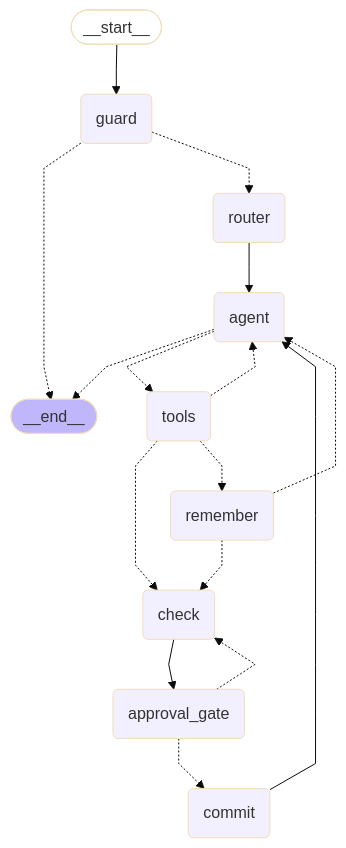
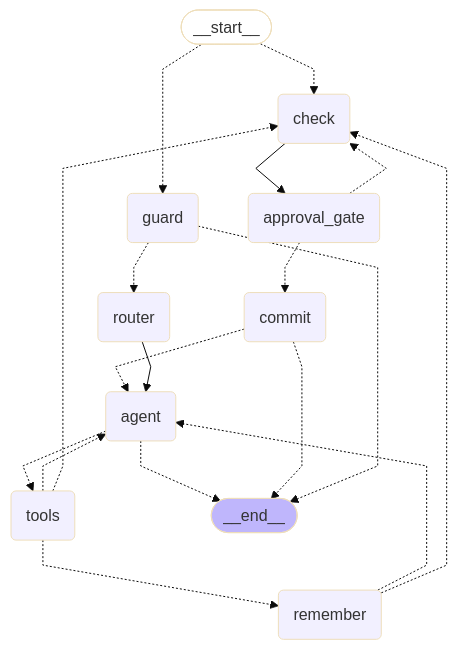
The diagram in README.md (qamran/Sagaloom), drawn with Mermaid (base theme) before and after one commit. The commit also changed 12 other files, not shown here.

````diff
--- a/README.md
+++ b/README.md
@@ -128,36 +128,38 @@
 ```mermaid
 ---
 config:
   flowchart:
     curve: linear
 ---
 graph TD;
 	__start__([<p>__start__</p>]):::first
 	guard(guard)
 	router(router)
 	agent(agent)
 	tools(tools)
 	remember(remember)
 	check(check)
 	approval_gate(approval_gate)
 	commit(commit)
 	__end__([<p>__end__</p>]):::last
-	__start__ --> guard;
+	__start__ -.-> check;
+	__start__ -.-> guard;
 	agent -.-> __end__;
 	agent -.-> tools;
 	approval_gate -.-> check;
 	approval_gate -.-> commit;
 	check --> approval_gate;
-	commit --> agent;
+	commit -.-> __end__;
+	commit -.-> agent;
 	guard -.-> __end__;
 	guard -.-> router;
 	remember -.-> agent;
 	remember -.-> check;
 	router --> agent;
 	tools -.-> agent;
 	tools -.-> check;
 	tools -.-> remember;
 	classDef default fill:#f2f0ff,line-height:1.2
 	classDef first fill-opacity:0
 	classDef last fill:#bfb6fc
 ```
````
